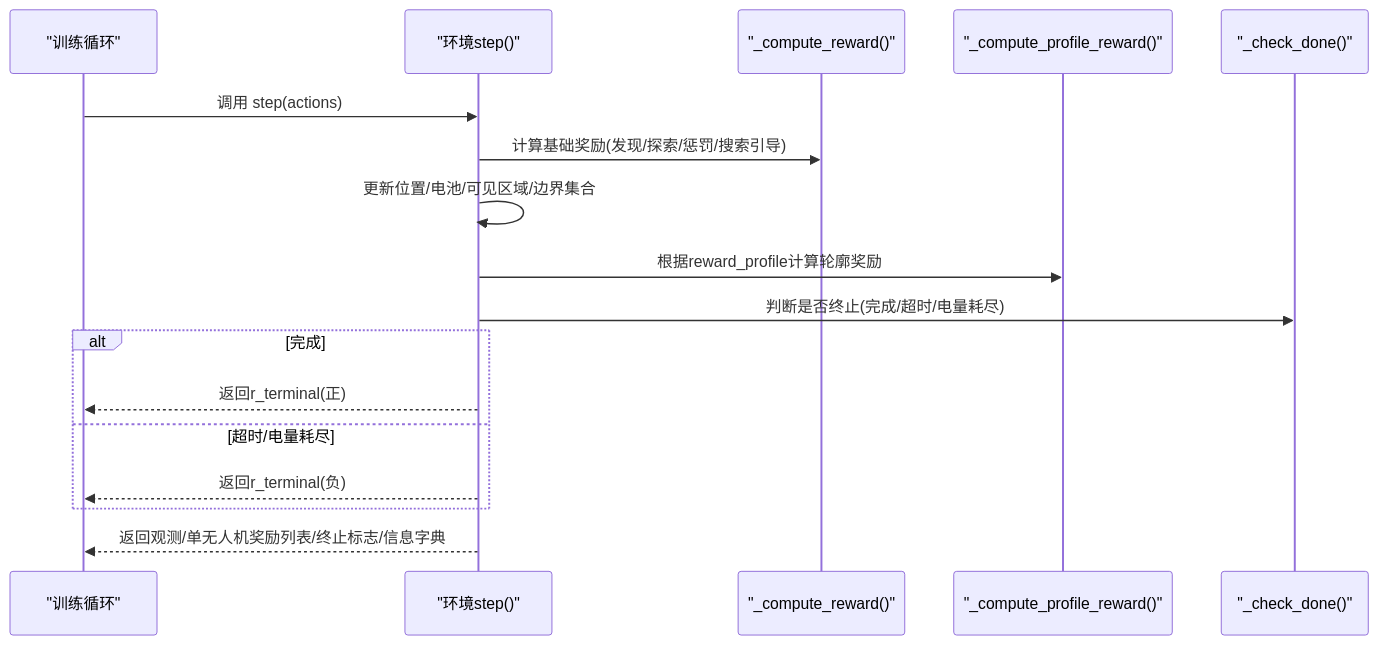
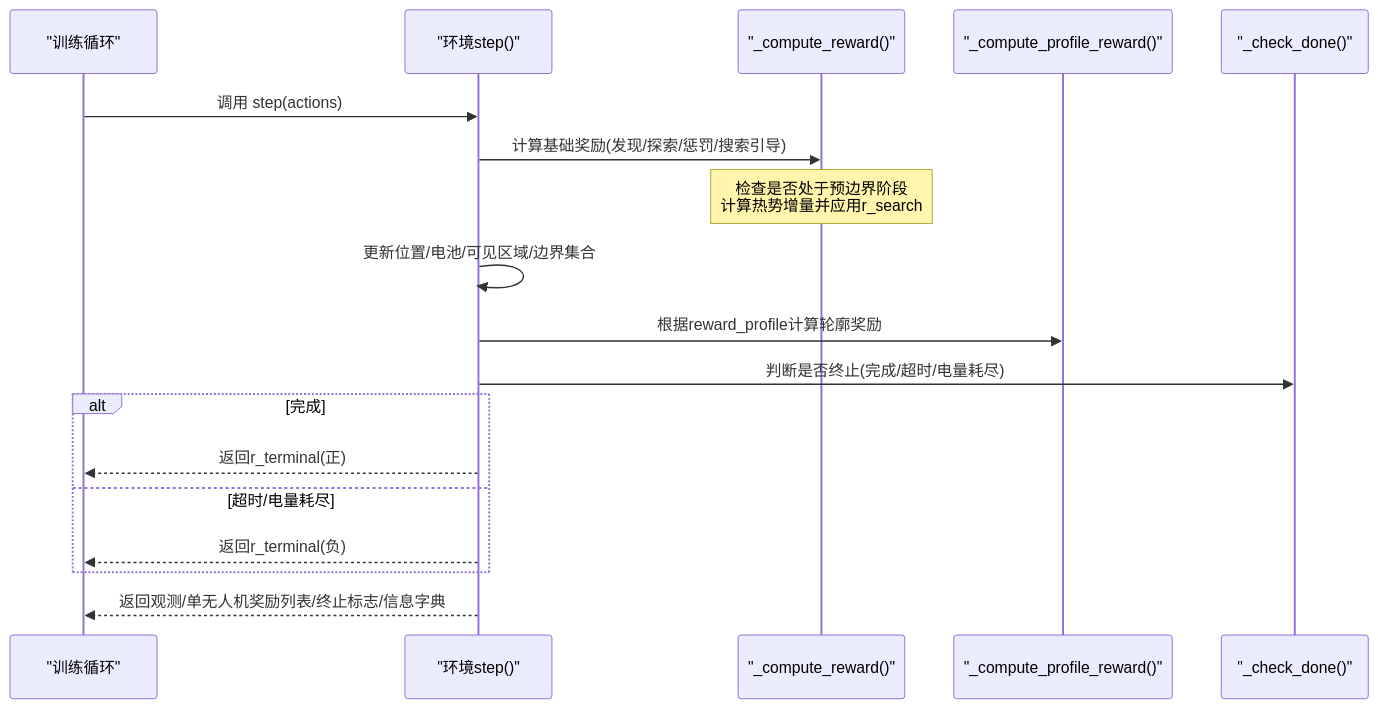
The second of 6 diagrams in .qoder/repowiki/zh/content/强化学习环境/奖励系统设计/奖励系统设计.md (xixi10001/self_Adaptive), drawn with Mermaid before and after one commit. The commit also changed other lines of this file and 21 other files, not shown here.

````diff
--- a/.qoder/repowiki/zh/content/强化学习环境/奖励系统设计/奖励系统设计.md
+++ b/.qoder/repowiki/zh/content/强化学习环境/奖励系统设计/奖励系统设计.md
@@ -73,19 +90,20 @@
 ```mermaid
 sequenceDiagram
 participant T as "训练循环"
 participant E as "环境step()"
 participant R1 as "_compute_reward()"
 participant R2 as "_compute_profile_reward()"
 participant D as "_check_done()"
 T->>E : 调用 step(actions)
 E->>R1 : 计算基础奖励(发现/探索/惩罚/搜索引导)
+Note over R1 : 检查是否处于预边界阶段<br/>计算热势增量并应用r_search
 E->>E : 更新位置/电池/可见区域/边界集合
 E->>R2 : 根据reward_profile计算轮廓奖励
 E->>D : 判断是否终止(完成/超时/电量耗尽)
 alt 完成
 E-->>T : 返回r_terminal(正)
 else 超时/电量耗尽
 E-->>T : 返回r_terminal(负)
 end
 E-->>T : 返回观测/单无人机奖励列表/终止标志/信息字典
 ```
````
